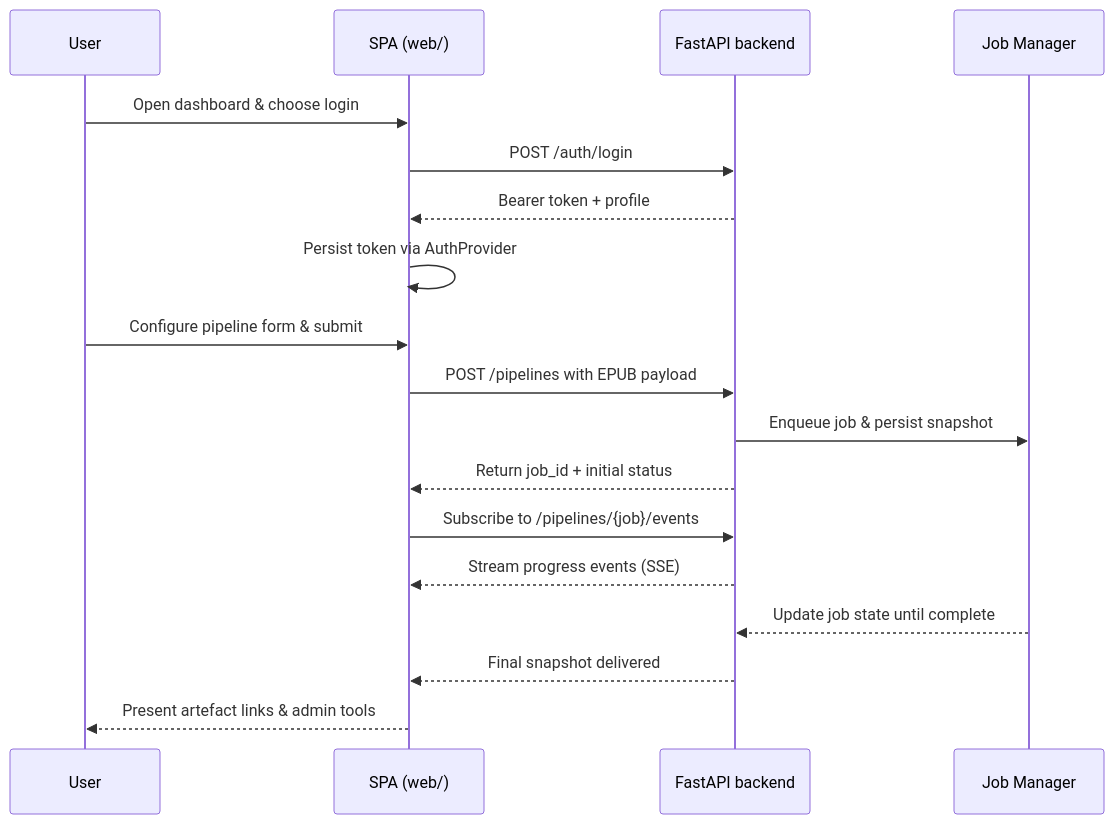
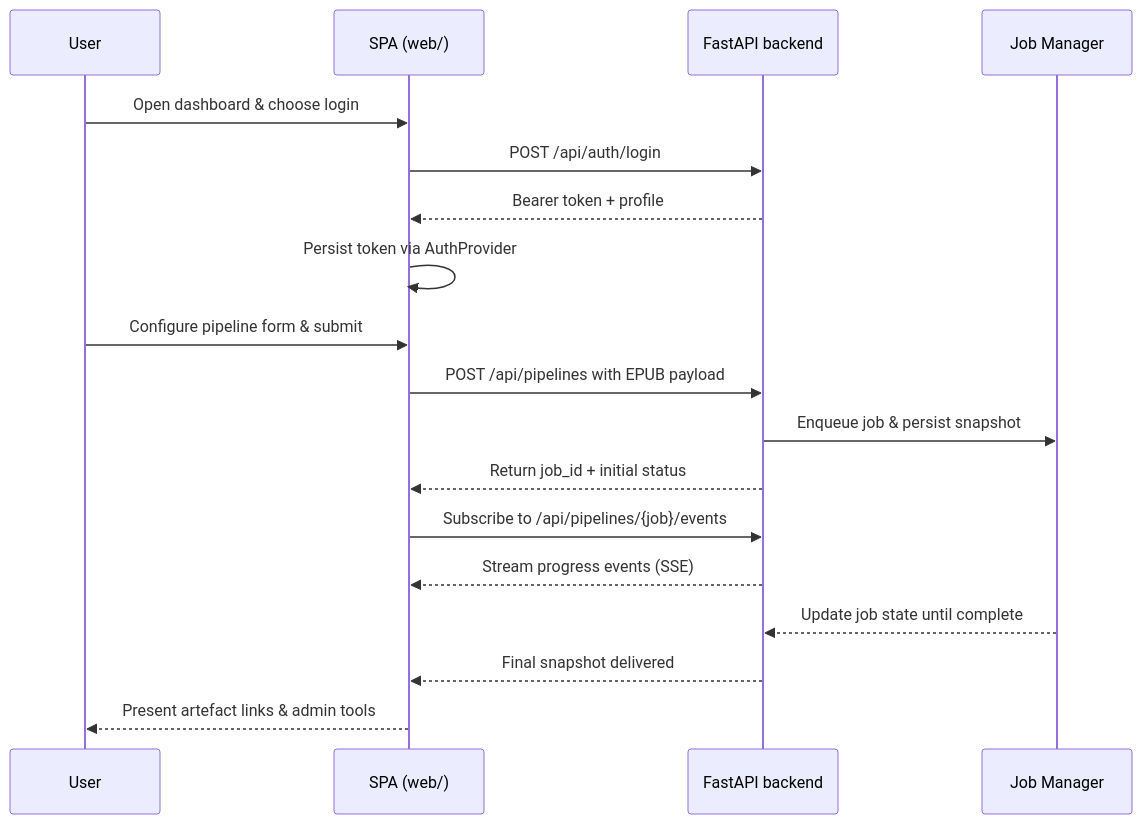
One commit to fifosk/ebook-tools changed the diagram in README.md. Above: the diagram before and after it, drawn with Mermaid. The commit also changed other lines of this file and 14 other files, not shown here.

````diff
--- a/README.md
+++ b/README.md
@@ -598,21 +600,21 @@
 ```mermaid
 sequenceDiagram
     participant U as User
     participant UI as SPA (web/)
     participant API as FastAPI backend
     participant JM as Job Manager
 
     U->>UI: Open dashboard & choose login
-    UI->>API: POST /auth/login
+    UI->>API: POST /api/auth/login
     API-->>UI: Bearer token + profile
     UI->>UI: Persist token via AuthProvider
     U->>UI: Configure pipeline form & submit
-    UI->>API: POST /pipelines with EPUB payload
+    UI->>API: POST /api/pipelines with EPUB payload
     API->>JM: Enqueue job & persist snapshot
     API-->>UI: Return job_id + initial status
-    UI->>API: Subscribe to /pipelines/{job}/events
+    UI->>API: Subscribe to /api/pipelines/{job}/events
     API-->>UI: Stream progress events (SSE)
     JM-->>API: Update job state until complete
     API-->>UI: Final snapshot delivered
     UI-->>U: Present artefact links & admin tools
 ```
````
